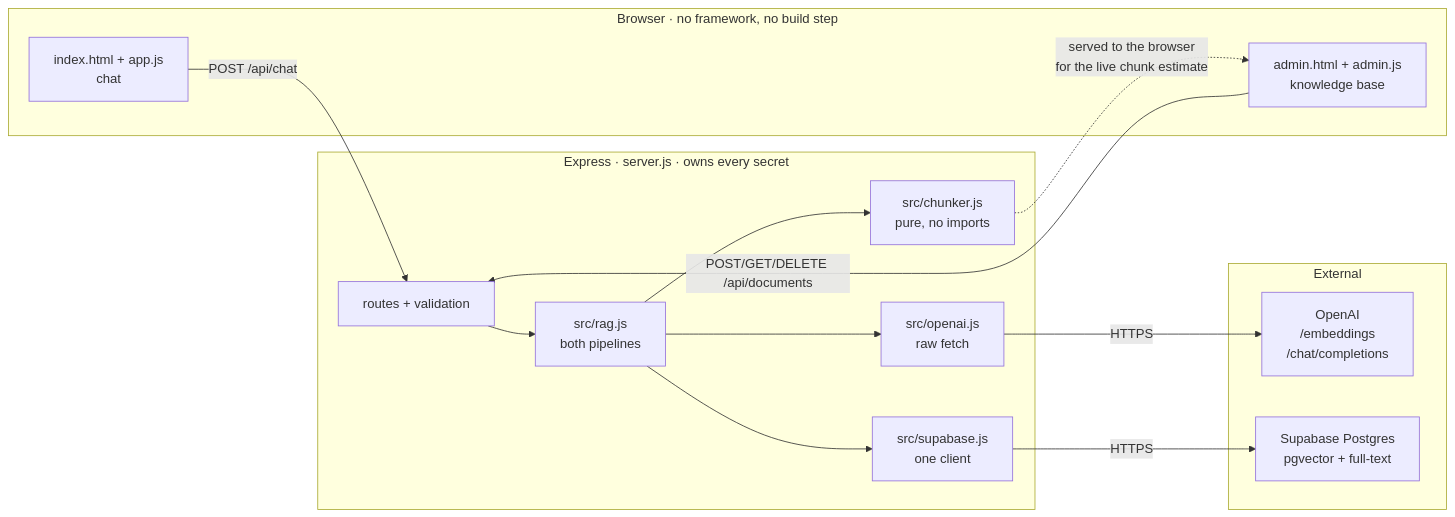
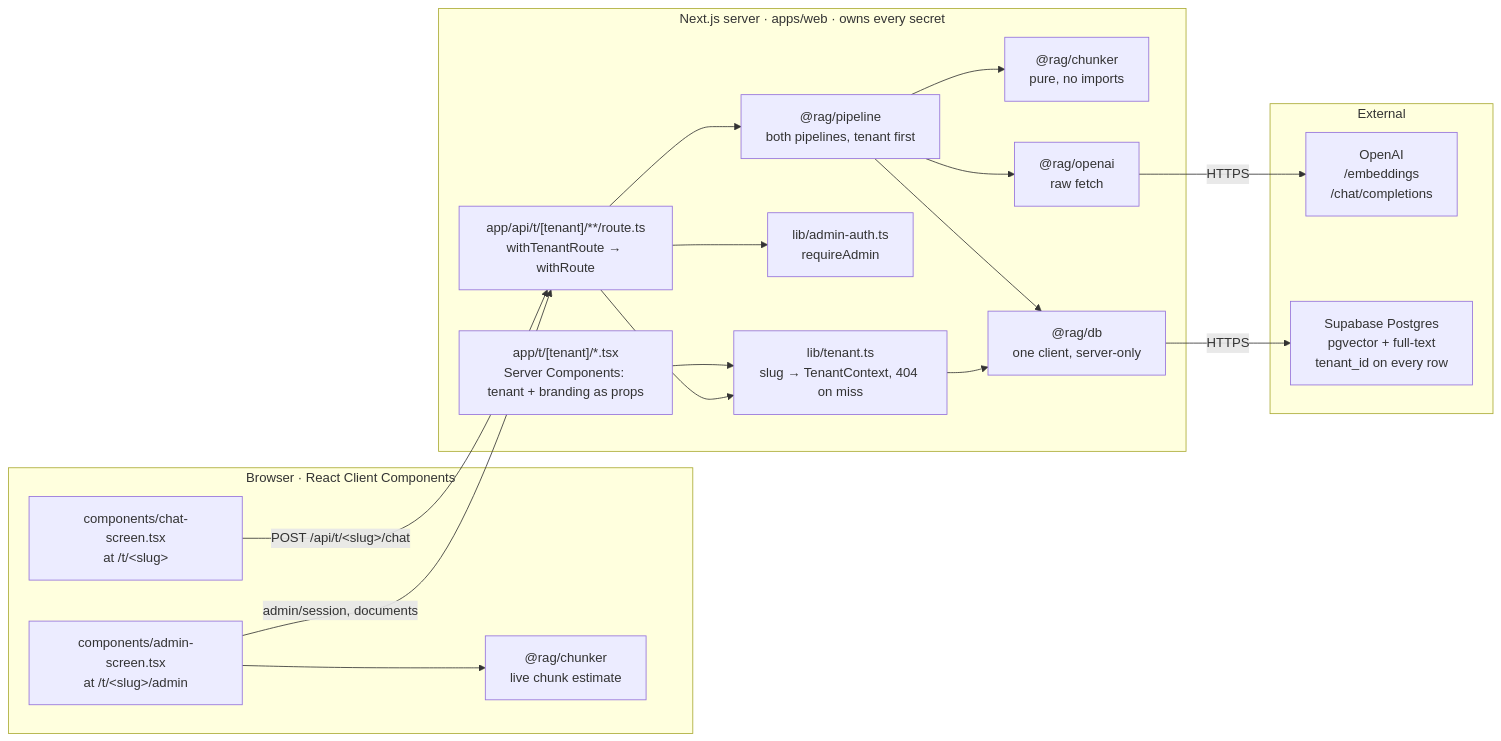
The first of 4 diagrams in flow.md (jenerdev/rag-chatbot-poc), drawn with Mermaid before and after one commit. The commit also changed other lines of this file and 8 other files, not shown here.

````diff
--- a/flow.md
+++ b/flow.md
@@ -29,30 +30,38 @@
 ```mermaid
 flowchart LR
-    subgraph B["Browser · no framework, no build step"]
-        IDX["index.html + app.js<br/>chat"]
-        ADM["admin.html + admin.js<br/>knowledge base"]
+    subgraph B["Browser · React Client Components"]
+        IDX["components/chat-screen.tsx<br/>at /t/&lt;slug&gt;"]
+        ADM["components/admin-screen.tsx<br/>at /t/&lt;slug&gt;/admin"]
+        CHKB["@rag/chunker<br/>live chunk estimate"]
     end
 
-    subgraph S["Express · server.js · owns every secret"]
-        RT["routes + validation"]
-        RAG["src/rag.js<br/>both pipelines"]
-        CHK["src/chunker.js<br/>pure, no imports"]
-        AI["src/openai.js<br/>raw fetch"]
-        DB["src/supabase.js<br/>one client"]
+    subgraph S["Next.js server · apps/web · owns every secret"]
+        PAGE["app/t/[tenant]/*.tsx<br/>Server Components: tenant + branding as props"]
+        RT["app/api/t/[tenant]/**/route.ts<br/>withTenantRoute → withRoute"]
+        TEN["lib/tenant.ts<br/>slug → TenantContext, 404 on miss"]
+        AUTH["lib/admin-auth.ts<br/>requireAdmin"]
+        RAG["@rag/pipeline<br/>both pipelines, tenant first"]
+        CHK["@rag/chunker<br/>pure, no imports"]
+        AI["@rag/openai<br/>raw fetch"]
+        DB["@rag/db<br/>one client, server-only"]
     end
 
     subgraph X["External"]
         OAI["OpenAI<br/>/embeddings<br/>/chat/completions"]
-        PG["Supabase Postgres<br/>pgvector + full-text"]
+        PG["Supabase Postgres<br/>pgvector + full-text<br/>tenant_id on every row"]
     end
 
-    IDX -- "POST /api/chat" --> RT
-    ADM -- "POST/GET/DELETE /api/documents" --> RT
+    IDX -- "POST /api/t/&lt;slug&gt;/chat" --> RT
+    ADM -- "admin/session, documents" --> RT
+    PAGE --> TEN
+    RT --> TEN
+    RT --> AUTH
     RT --> RAG
     RAG --> CHK
     RAG --> AI
     RAG --> DB
+    TEN --> DB
     AI -- HTTPS --> OAI
     DB -- HTTPS --> PG
-    CHK -. "served to the browser<br/>for the live chunk estimate" .-> ADM
+    ADM --> CHKB
 ```
````
